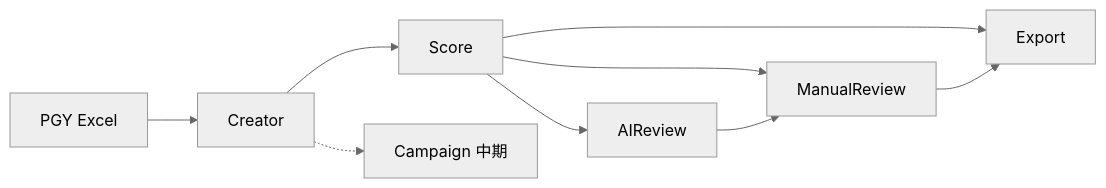
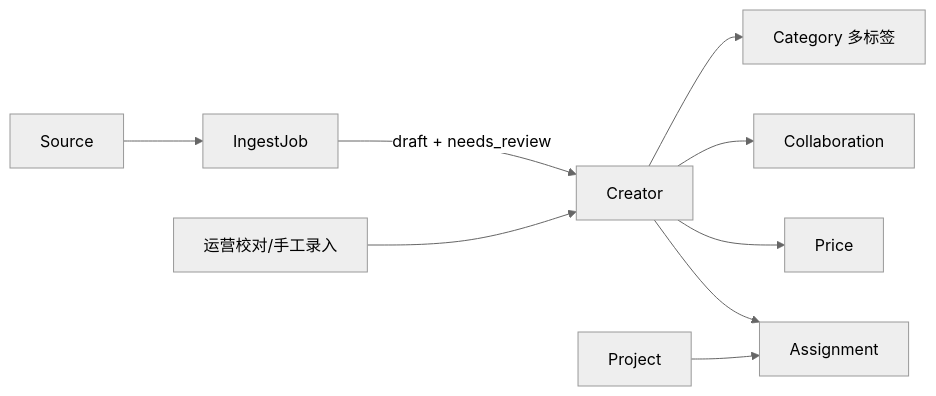
The diagram in docs/product/DOMAIN.md (LibertychaserUS/korea-creator-system), drawn with Mermaid (neutral theme) before and after one commit. The commit also changed other lines of this file and 3 other files, not shown here.

````diff
--- a/docs/product/DOMAIN.md
+++ b/docs/product/DOMAIN.md
@@ -65,11 +139,11 @@
 ```mermaid
 flowchart LR
-  X[PGY Excel] --> C[Creator]
-  C --> S[Score]
-  S --> A[AIReview]
-  S --> M[ManualReview]
-  S --> E[Export]
-  A --> M
-  M --> E
-  C -.-> Camp[Campaign 中期]
+  SRC[Source] --> JOB[IngestJob]
+  JOB -->|draft + needs_review| CR[Creator]
+  OPS[运营校对/手工录入] --> CR
+  CR --> CAT[Category 多标签]
+  CR --> COL[Collaboration]
+  CR --> PRI[Price]
+  CR --> ASG[Assignment]
+  PRJ[Project] --> ASG
 ```
````
